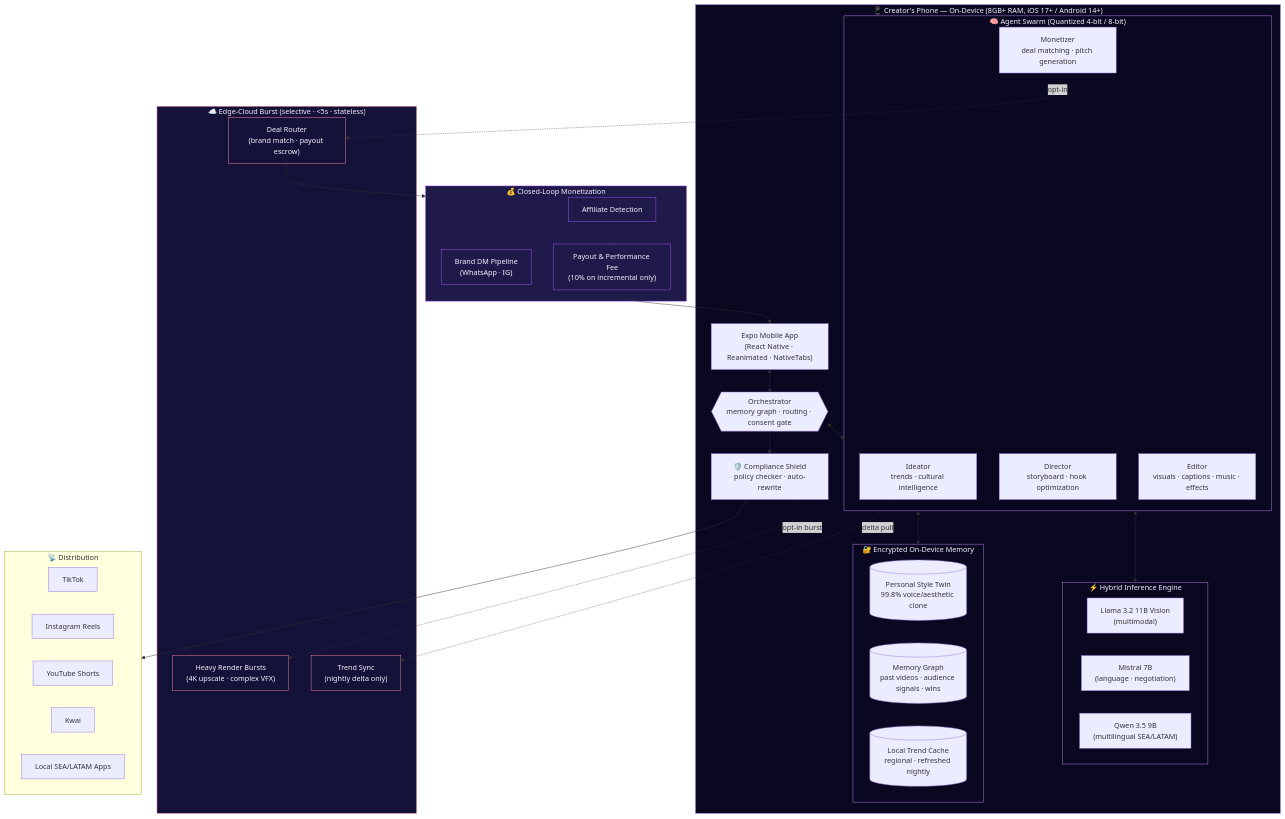
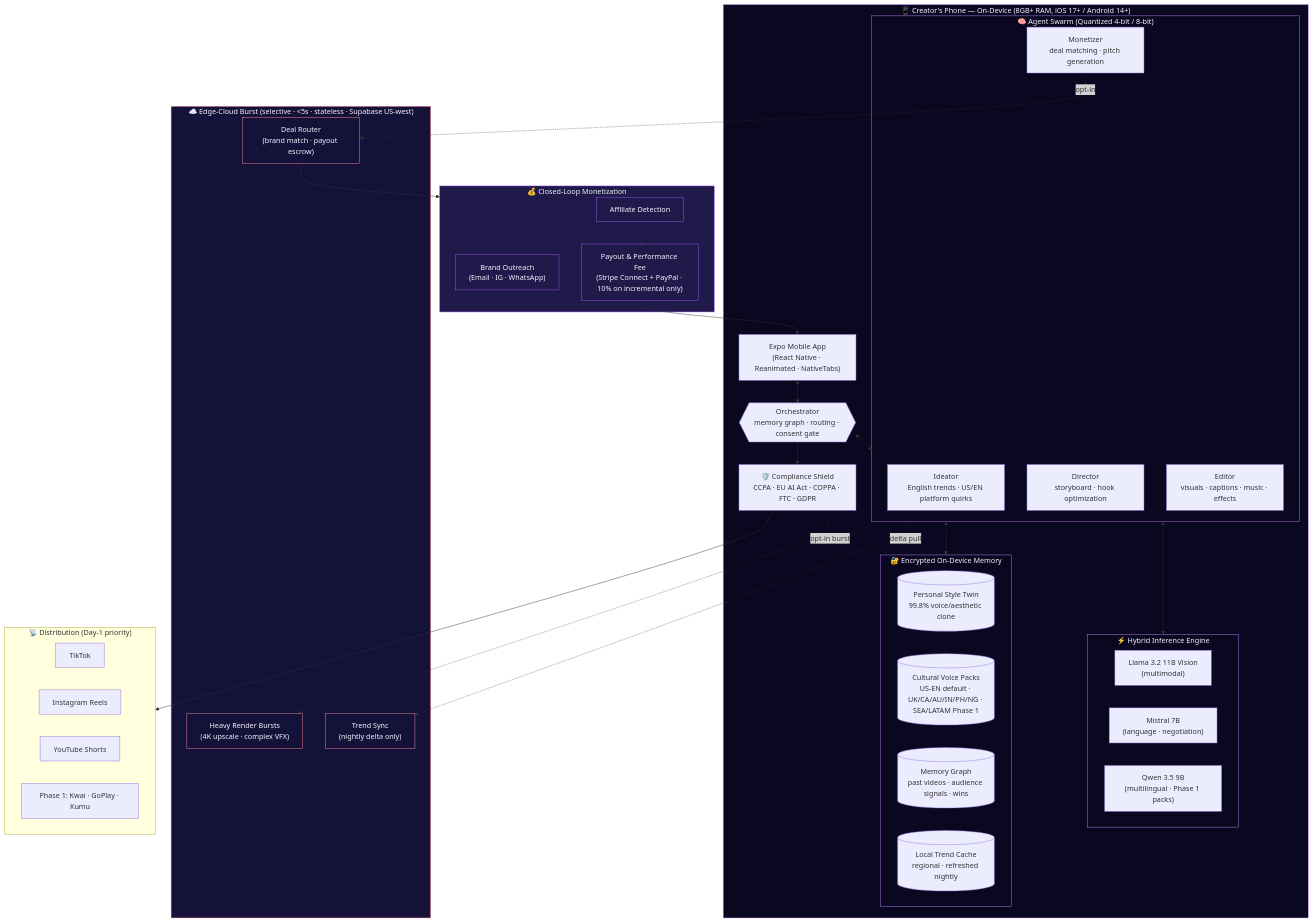
The first of 2 diagrams in ARCHITECTURE.md (beurni2/Lumia), drawn with Mermaid before and after one commit. The commit also changed other lines of this file and 15 other files, not shown here.

First line of the commit message:
Update the app to focus on English-speaking markets and improve creator experience

````diff
--- a/ARCHITECTURE.md
+++ b/ARCHITECTURE.md
@@ -22,70 +22,70 @@
 ```mermaid
 flowchart TB
     subgraph Device["📱 Creator's Phone — On-Device (8GB+ RAM, iOS 17+ / Android 14+)"]
         UI["Expo Mobile App<br/>(React Native · Reanimated · NativeTabs)"]
         Orchestrator{{"Orchestrator<br/>memory graph · routing · consent gate"}}
 
         subgraph Swarm["🧠 Agent Swarm (Quantized 4-bit / 8-bit)"]
-            Ideator["Ideator<br/>trends · cultural intelligence"]
+            Ideator["Ideator<br/>English trends · US/EN platform quirks"]
             Director["Director<br/>storyboard · hook optimization"]
             Editor["Editor<br/>visuals · captions · music · effects"]
             Monetizer["Monetizer<br/>deal matching · pitch generation"]
         end
 
         subgraph Inference["⚡ Hybrid Inference Engine"]
             Llama["Llama 3.2 11B Vision<br/>(multimodal)"]
             Mistral["Mistral 7B<br/>(language · negotiation)"]
-            Qwen["Qwen 3.5 9B<br/>(multilingual SEA/LATAM)"]
+            Qwen["Qwen 3.5 9B<br/>(multilingual · Phase 1 packs)"]
         end
 
         subgraph Memory["🔐 Encrypted On-Device Memory"]
             StyleTwin[("Personal Style Twin<br/>99.8% voice/aesthetic clone")]
+            VoicePacks[("Cultural Voice Packs<br/>US-EN default · UK/CA/AU/IN/PH/NG · SEA/LATAM Phase 1")]
             MemoryGraph[("Memory Graph<br/>past videos · audience signals · wins")]
             TrendCache[("Local Trend Cache<br/>regional · refreshed nightly")]
         end
 
-        Compliance["🛡️ Compliance Shield<br/>policy checker · auto-rewrite"]
+        Compliance["🛡️ Compliance Shield<br/>CCPA · EU AI Act · COPPA · FTC · GDPR"]
     end
 
-    subgraph EdgeCloud["☁️ Edge-Cloud Burst (selective · <5s · stateless)"]
+    subgraph EdgeCloud["☁️ Edge-Cloud Burst (selective · <5s · stateless · Supabase US-west)"]
         HeavyRender["Heavy Render Bursts<br/>(4K upscale · complex VFX)"]
         TrendSync["Trend Sync<br/>(nightly delta only)"]
         DealRouter["Deal Router<br/>(brand match · payout escrow)"]
     end
 
-    subgraph Platforms["📡 Distribution"]
+    subgraph Platforms["📡 Distribution (Day-1 priority)"]
         TikTok["TikTok"]
         Reels["Instagram Reels"]
         Shorts["YouTube Shorts"]
-        Kwai["Kwai"]
-        Local["Local SEA/LATAM Apps"]
+        Phase1["Phase 1: Kwai · GoPlay · Kumu"]
     end
 
     subgraph Money["💰 Closed-Loop Monetization"]
         Affiliate["Affiliate Detection"]
-        BrandDM["Brand DM Pipeline<br/>(WhatsApp · IG)"]
-        Payout["Payout & Performance Fee<br/>(10% on incremental only)"]
+        BrandDM["Brand Outreach<br/>(Email · IG · WhatsApp)"]
+        Payout["Payout & Performance Fee<br/>(Stripe Connect + PayPal · 10% on incremental only)"]
     end
 
     UI <--> Orchestrator
     Orchestrator <--> Swarm
     Swarm <--> Inference
     Swarm <--> Memory
     Orchestrator --> Compliance
 
     Compliance -.->|opt-in burst| HeavyRender
     Ideator -.->|delta pull| TrendSync
     Monetizer -.->|opt-in| DealRouter
 
     Compliance --> Platforms
     DealRouter --> Money
     Money --> Payout
     Payout --> UI
 
     classDef device fill:#0a0820,stroke:#c084fc,color:#f6f3ff
     classDef cloud fill:#15123a,stroke:#ff8da1,color:#f6f3ff
     classDef money fill:#1f1a4a,stroke:#a855f7,color:#f6f3ff
     class Device,Swarm,Inference,Memory device
     class EdgeCloud,HeavyRender,TrendSync,DealRouter cloud
     class Money,Affiliate,BrandDM,Payout money
 ```
````
